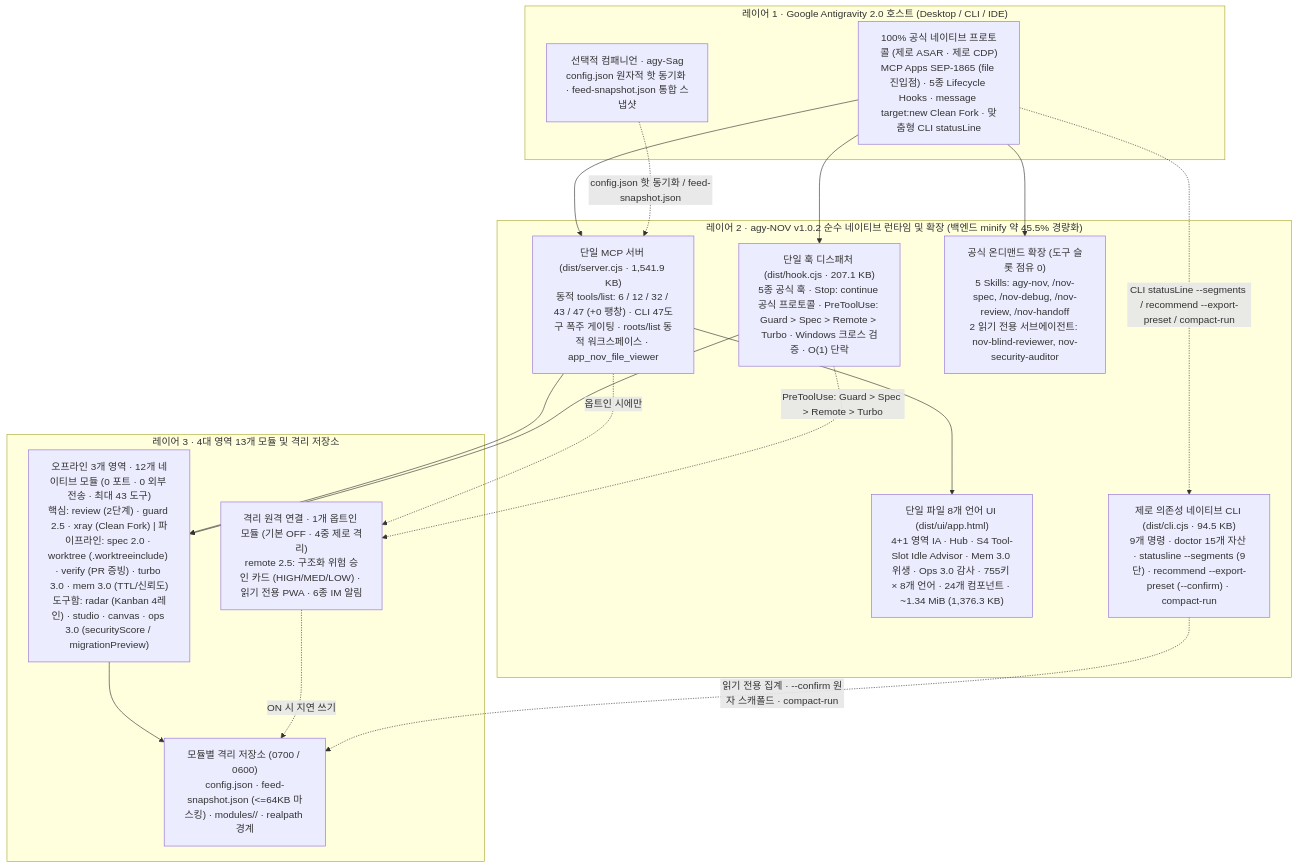
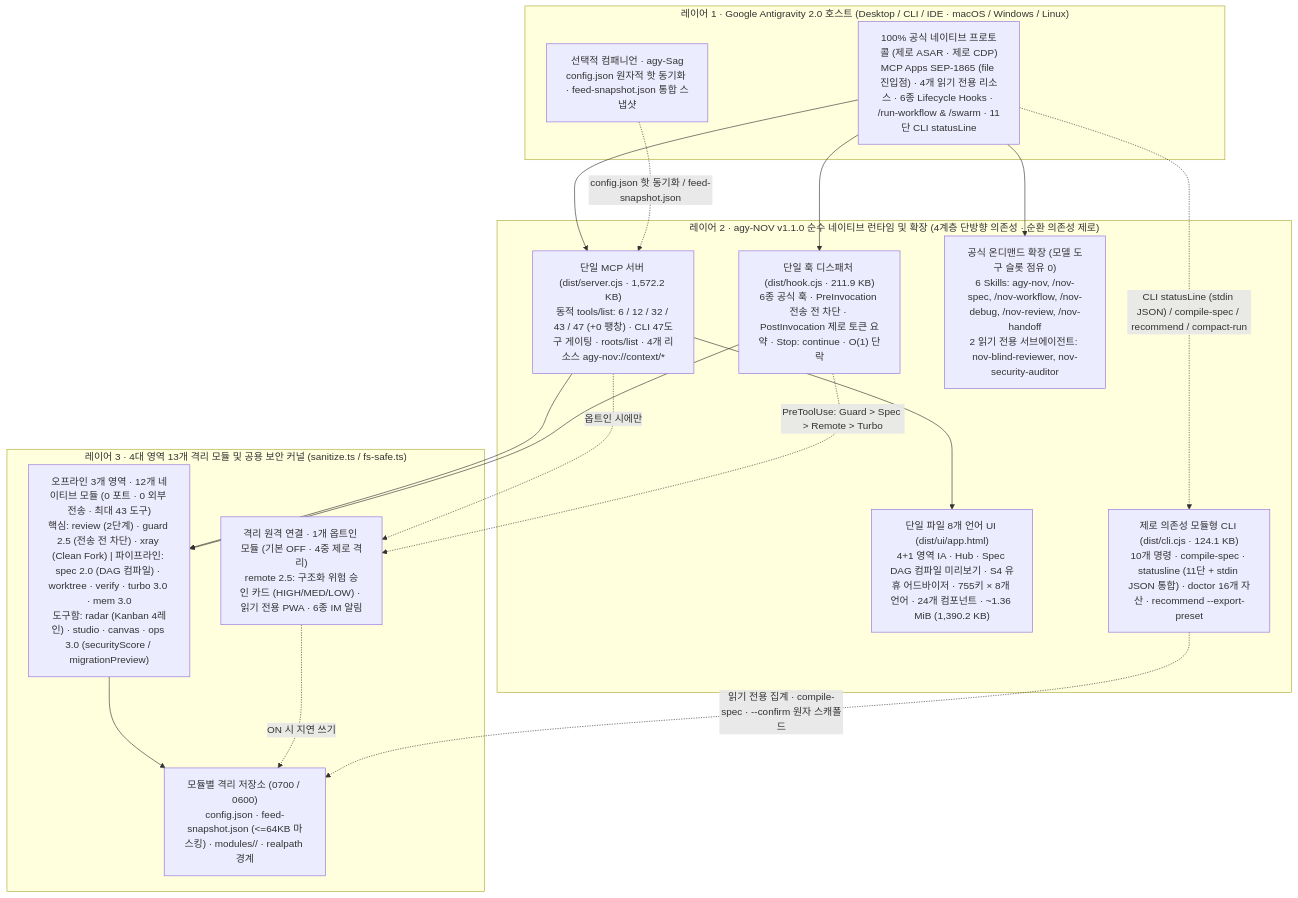
One commit to tone-leh/agy-NOV changed the diagram in docs/i18n/README.ko.md. Above: the diagram before and after it, drawn with Mermaid. The commit also changed other lines of this file and 51 other files, not shown here.

Commit message:
feat(v1.1.0): Spec DAG workflow compiler, 6-Hook protocol, MCP context resources & CLI statusLine fusion

````diff
--- a/docs/i18n/README.ko.md
+++ b/docs/i18n/README.ko.md
@@ -243,35 +242,35 @@
 ```mermaid
 flowchart TB
-  subgraph L1["레이어 1 · Google Antigravity 2.0 호스트 (Desktop / CLI / IDE)"]
-    Host["100% 공식 네이티브 프로토콜 (제로 ASAR · 제로 CDP)\nMCP Apps SEP-1865 (file 진입점) · 5종 Lifecycle Hooks · message target:new Clean Fork · 맞춤형 CLI statusLine"]
+  subgraph L1["레이어 1 · Google Antigravity 2.0 호스트 (Desktop / CLI / IDE · macOS / Windows / Linux)"]
+    Host["100% 공식 네이티브 프로토콜 (제로 ASAR · 제로 CDP)\nMCP Apps SEP-1865 (file 진입점) · 4개 읽기 전용 리소스 · 6종 Lifecycle Hooks · /run-workflow & /swarm · 11단 CLI statusLine"]
     Sag["선택적 컴패니언 · agy-Sag\nconfig.json 원자적 핫 동기화 · feed-snapshot.json 통합 스냅샷"]
   end
 
-  subgraph L2["레이어 2 · agy-NOV v1.0.2 순수 네이티브 런타임 및 확장 (백엔드 minify 약 45.5% 경량화)"]
-    MCP["단일 MCP 서버 (dist/server.cjs · 1,541.9 KB)\n동적 tools/list: 6 / 12 / 32 / 43 / 47 (+0 팽창) · CLI 47도구 폭주 게이팅 · roots/list 동적 워크스페이스 · app_nov_file_viewer"]
-    Hook["단일 훅 디스패처 (dist/hook.cjs · 207.1 KB)\n5종 공식 훅 · Stop: continue 공식 프로토콜 · PreToolUse: Guard > Spec > Remote > Turbo · Windows 크로스 검증 · O(1) 단락"]
-    UI["단일 파일 8개 언어 UI (dist/ui/app.html)\n4+1 영역 IA · Hub · S4 Tool-Slot Idle Advisor · Mem 3.0 위생 · Ops 3.0 감사 · 755키 × 8개 언어 · 24개 컴포넌트 · ~1.34 MiB (1,376.3 KB)"]
-    Ext["공식 온디맨드 확장 (도구 슬롯 점유 0)\n5 Skills: agy-nov, /nov-spec, /nov-debug, /nov-review, /nov-handoff\n2 읽기 전용 서브에이전트: nov-blind-reviewer, nov-security-auditor"]
-    CLI["제로 의존성 네이티브 CLI (dist/cli.cjs · 94.5 KB)\n9개 명령 · doctor 15개 자산 · statusline --segments (9단) · recommend --export-preset (--confirm) · compact-run"]
+  subgraph L2["레이어 2 · agy-NOV v1.1.0 순수 네이티브 런타임 및 확장 (4계층 단방향 의존성 · 순환 의존성 제로)"]
+    MCP["단일 MCP 서버 (dist/server.cjs · 1,572.2 KB)\n동적 tools/list: 6 / 12 / 32 / 43 / 47 (+0 팽창) · CLI 47도구 게이팅 · roots/list · 4개 리소스 agy-nov://context/*"]
+    Hook["단일 훅 디스패처 (dist/hook.cjs · 211.9 KB)\n6종 공식 훅 · PreInvocation 전송 전 차단 · PostInvocation 제로 토큰 요약 · Stop: continue · O(1) 단락"]
+    UI["단일 파일 8개 언어 UI (dist/ui/app.html)\n4+1 영역 IA · Hub · Spec DAG 컴파일 미리보기 · S4 유휴 어드바이저 · 755키 × 8개 언어 · 24개 컴포넌트 · ~1.36 MiB (1,390.2 KB)"]
+    Ext["공식 온디맨드 확장 (모델 도구 슬롯 점유 0)\n6 Skills: agy-nov, /nov-spec, /nov-workflow, /nov-debug, /nov-review, /nov-handoff\n2 읽기 전용 서브에이전트: nov-blind-reviewer, nov-security-auditor"]
+    CLI["제로 의존성 모듈형 CLI (dist/cli.cjs · 124.1 KB)\n10개 명령 · compile-spec · statusline (11단 + stdin JSON 통합) · doctor 16개 자산 · recommend --export-preset"]
   end
 
-  subgraph L3["레이어 3 · 4대 영역 13개 모듈 및 격리 저장소"]
-    T1["오프라인 3개 영역 · 12개 네이티브 모듈 (0 포트 · 0 외부 전송 · 최대 43 도구)\n핵심: review (2단계) · guard 2.5 · xray (Clean Fork) | 파이프라인: spec 2.0 · worktree (.worktreeinclude) · verify (PR 증빙) · turbo 3.0 · mem 3.0 (TTL/신뢰도)\n도구함: radar (Kanban 4레인) · studio · canvas · ops 3.0 (securityScore / migrationPreview)"]
+  subgraph L3["레이어 3 · 4대 영역 13개 격리 모듈 및 공용 보안 커널 (sanitize.ts / fs-safe.ts)"]
+    T1["오프라인 3개 영역 · 12개 네이티브 모듈 (0 포트 · 0 외부 전송 · 최대 43 도구)\n핵심: review (2단계) · guard 2.5 (전송 전 차단) · xray (Clean Fork) | 파이프라인: spec 2.0 (DAG 컴파일) · worktree · verify · turbo 3.0 · mem 3.0\n도구함: radar (Kanban 4레인) · studio · canvas · ops 3.0 (securityScore / migrationPreview)"]
     T2R["격리 원격 연결 · 1개 옵트인 모듈 (기본 OFF · 4중 제로 격리)\nremote 2.5: 구조화 위험 승인 카드 (HIGH/MED/LOW) · 읽기 전용 PWA · 6종 IM 알림"]
     Store["모듈별 격리 저장소 (0700 / 0600)\nconfig.json · feed-snapshot.json (<=64KB 마스킹) · modules/<id>/ · realpath 경계"]
   end
 
   Host --> MCP
   Host --> Hook
   Host --> Ext
-  Host -. "CLI statusLine --segments / recommend --export-preset / compact-run" .-> CLI
+  Host -. "CLI statusLine (stdin JSON) / compile-spec / recommend / compact-run" .-> CLI
   Sag -. "config.json 핫 동기화 / feed-snapshot.json" .-> MCP
   MCP --> UI
   MCP --> T1
   MCP -. "옵트인 시에만" .-> T2R
   Hook --> T1
   Hook -. "PreToolUse: Guard > Spec > Remote > Turbo" .-> T2R
   T1 --> Store
   T2R -. "ON 시 지연 쓰기" .-> Store
-  CLI -. "읽기 전용 집계 · --confirm 원자 스캐폴드 · compact-run" .-> Store
+  CLI -. "읽기 전용 집계 · compile-spec · --confirm 원자 스캐폴드" .-> Store
 ```
````
